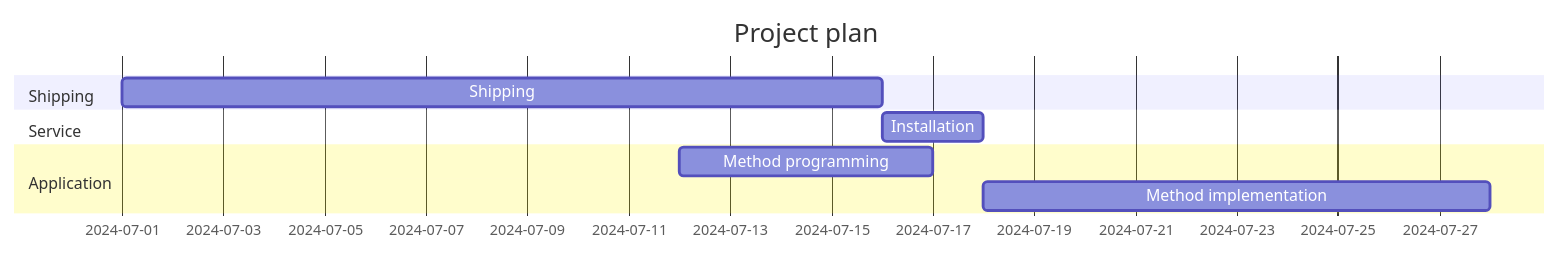
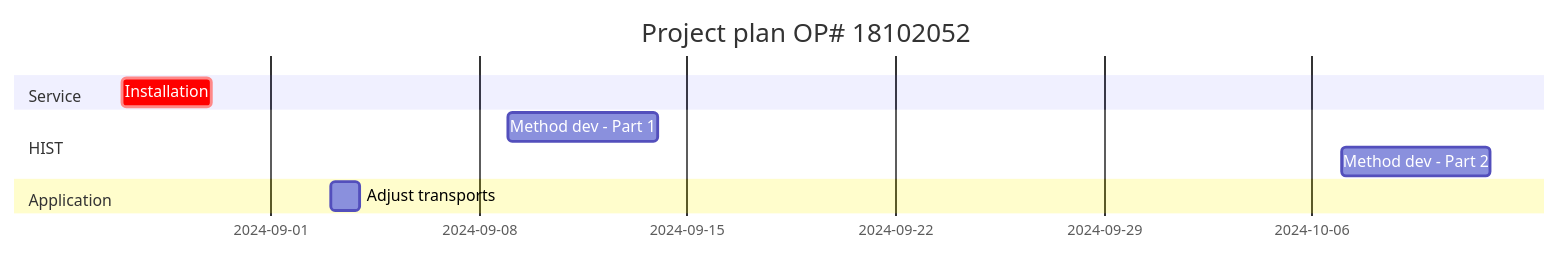
The diagram in AboutMe/AboutMe.md (HaldInc/HaldInc.github.io), drawn with Mermaid before and after one commit. The commit also changed other lines of this file, not shown here.

````diff
--- a/AboutMe/AboutMe.md
+++ b/AboutMe/AboutMe.md
@@ -3,14 +3,19 @@
 ```mermaid
   gantt
-    title Project plan
+    title Project plan OP# 18102052
     dateFormat  YYYY-MM-DD
-    section Shipping
-    Shipping           :a1, 2024-07-01, 15d
+    todayMarker on
+    
+    
+    section Service
+    Installation       :crit, s1, 2024-08-27  , 3d
 
-    section Service
-    Installation       :s1, after a1  , 2d
+    section HIST
+    Method dev - Part 1      :h1, 2024-09-09, 5d
+    Method dev - Part 2      :h1, 2024-10-07, 5d
 
     section Application
-    Method programming     :m1, 2024-07-12  , 5d
-    Method implementation  :m2, after s1, 10d
+    Adjust transports         :m1, 2024-09-03  , 1d
+    
+    
 ```
````
